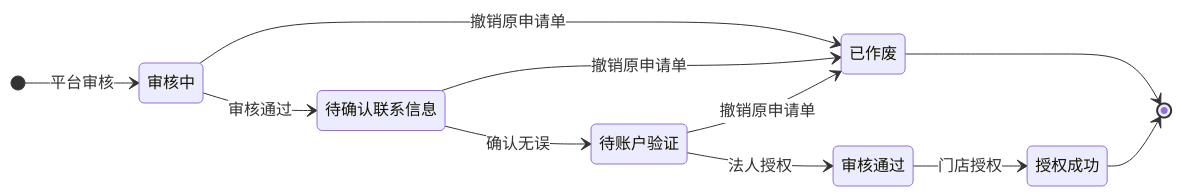
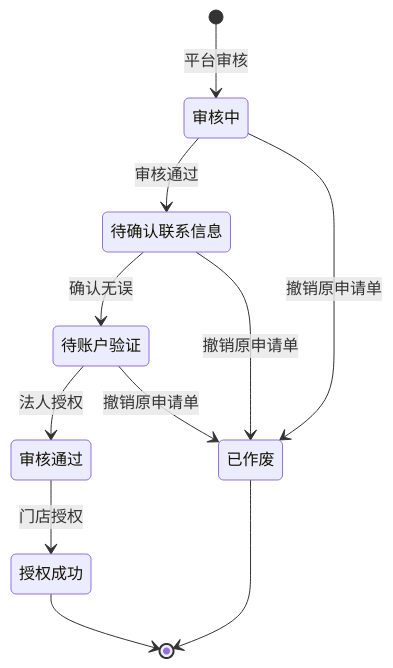
One commit to minibear2021/wechatpay_docs changed the second of 2 diagrams in docs/partner/pages/4012064832.md. Above: the diagram before and after it, drawn with Mermaid. The commit also changed other lines of this file and 46 other files, not shown here.

````diff
--- a/docs/partner/pages/4012064832.md
+++ b/docs/partner/pages/4012064832.md
@@ -55,22 +50,19 @@
 ```mermaid
-%%{init: {'themeVariables':{'edgeLabelBackground':'#ffffff'}}}%%
 stateDiagram-v2
-    direction LR
-    state "审核中" as S2
-    state "待确认联系信息" as S3
-    state "待账户验证" as S4
-    state "审核通过" as S5
-    state "授权成功" as S6
-    state "已作废" as S8
-
-    [*] --> S2: 平台审核
-    S2 --> S3: 审核通过
-    S2 --> S8: 撤销原申请单
-    S3 --> S8: 撤销原申请单
-    S3 --> S4: 确认无误
-    S8 --> [*]
-    S4 --> S8: 撤销原申请单
-    S4 --> S5: 法人授权
-    S5 --> S6: 门店授权
-    S6 --> [*]
+  state "审核中" as S0
+  state "待确认联系信息" as S1
+  state "待账户验证" as S2
+  state "审核通过" as S3
+  state "授权成功" as S4
+  state "已作废" as S5
+  [*] --> S0 : 平台审核
+  S0 --> S1 : 审核通过
+  S1 --> S2 : 确认无误
+  S2 --> S3 : 法人授权
+  S3 --> S4 : 门店授权
+  S4 --> [*]
+  S0 --> S5 : 撤销原申请单
+  S1 --> S5 : 撤销原申请单
+  S2 --> S5 : 撤销原申请单
+  S5 --> [*]
 ```
````
